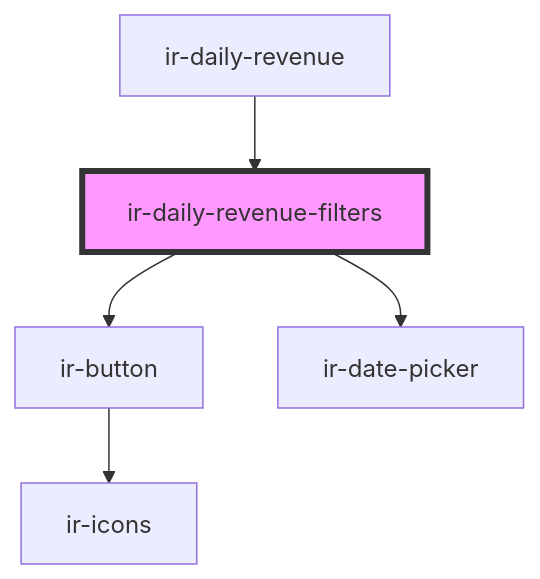
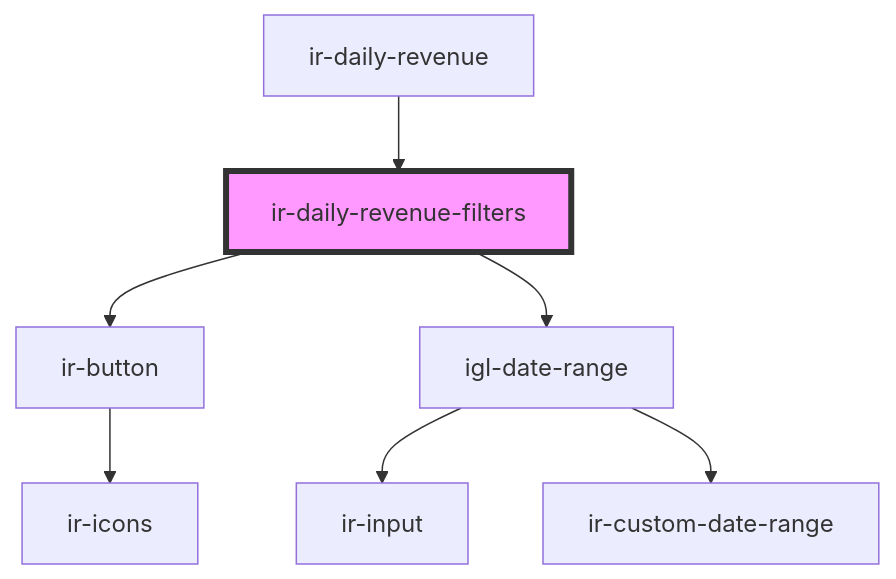
Before and after one commit to RonyRizk/ir-webcmp: the diagram in src/components/ir-daily-revenue/ir-daily-revenue-filters/readme.md, drawn with Mermaid. The commit also changed other lines of this file and 16 other files, not shown here.

Commit message:
Update the Daily report revenue screen to accept from,to dates

````diff
--- a/src/components/ir-daily-revenue/ir-daily-revenue-filters/readme.md
+++ b/src/components/ir-daily-revenue/ir-daily-revenue-filters/readme.md
@@ -35,8 +35,10 @@
 ```mermaid
 graph TD;
   ir-daily-revenue-filters --> ir-button
-  ir-daily-revenue-filters --> ir-date-picker
+  ir-daily-revenue-filters --> igl-date-range
   ir-button --> ir-icons
+  igl-date-range --> ir-input
+  igl-date-range --> ir-custom-date-range
   ir-daily-revenue --> ir-daily-revenue-filters
   style ir-daily-revenue-filters fill:#f9f,stroke:#333,stroke-width:4px
 ```
````
